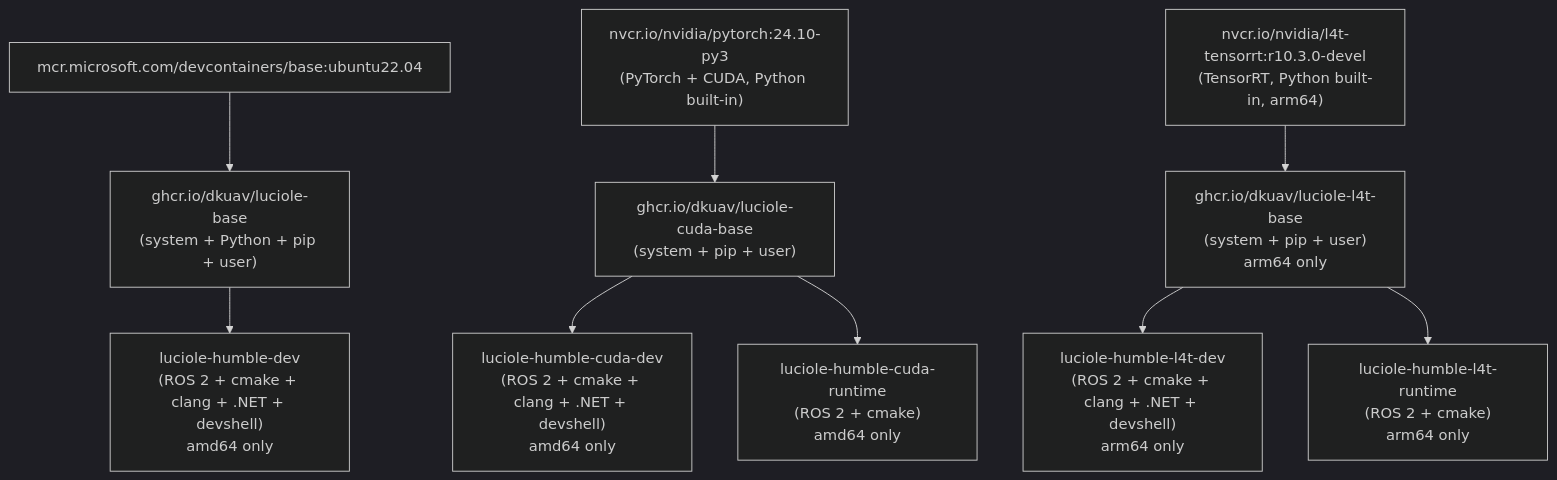
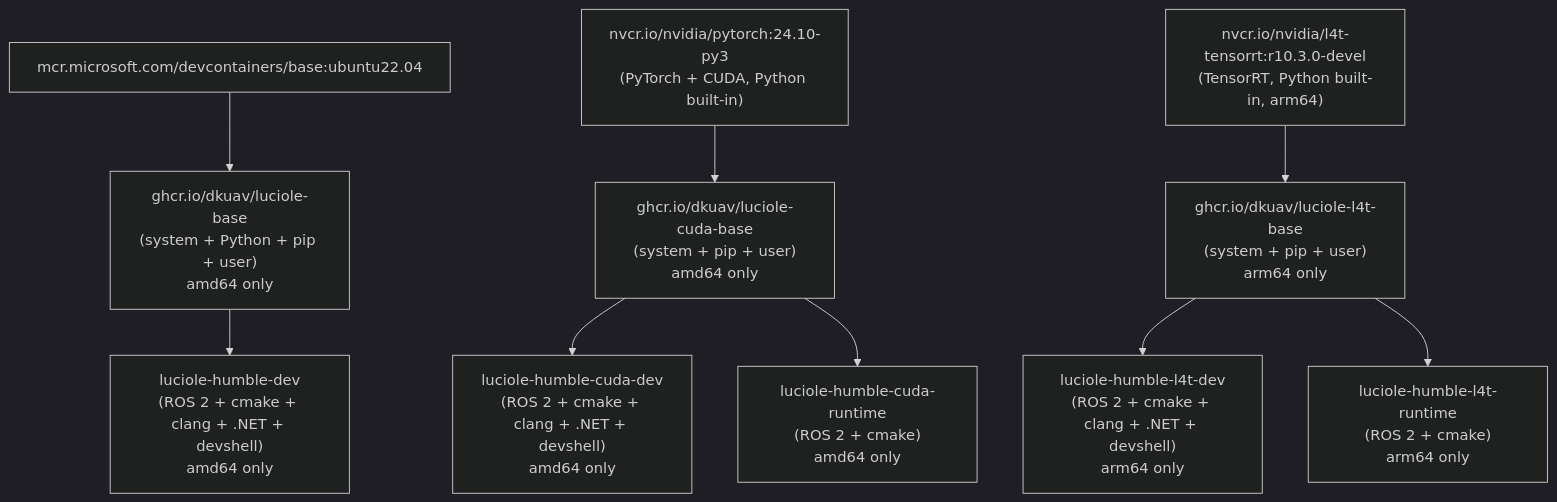
The first of 2 diagrams in README.md (DKUAV/images), drawn with Mermaid (dark theme) before and after one commit. The commit also changed other lines of this file and 19 other files, not shown here.

````diff
--- a/README.md
+++ b/README.md
@@ -11,12 +11,12 @@
 ```mermaid
 graph TD
-  U["mcr.microsoft.com/devcontainers/base:ubuntu22.04"] --> LB["ghcr.io/dkuav/luciole-base\n(system + Python + pip + user)"]
-  C["nvcr.io/nvidia/pytorch:24.10-py3\n(PyTorch + CUDA, Python built-in)"] --> CB["ghcr.io/dkuav/luciole-cuda-base\n(system + pip + user)"]
+  U["mcr.microsoft.com/devcontainers/base:ubuntu22.04"] --> LB["ghcr.io/dkuav/luciole-base\n(system + Python + pip + user)\namd64 only"]
+  C["nvcr.io/nvidia/pytorch:24.10-py3\n(PyTorch + CUDA, Python built-in)"] --> CB["ghcr.io/dkuav/luciole-cuda-base\n(system + pip + user)\namd64 only"]
   L["nvcr.io/nvidia/l4t-tensorrt:r10.3.0-devel\n(TensorRT, Python built-in, arm64)"] --> LTB["ghcr.io/dkuav/luciole-l4t-base\n(system + pip + user)\narm64 only"]
 
   LB --> HD["luciole-humble-dev\n(ROS 2 + cmake + clang + .NET + devshell)\namd64 only"]
   CB --> HCD["luciole-humble-cuda-dev\n(ROS 2 + cmake + clang + .NET + devshell)\namd64 only"]
   CB --> HCR["luciole-humble-cuda-runtime\n(ROS 2 + cmake)\namd64 only"]
   LTB --> HLD["luciole-humble-l4t-dev\n(ROS 2 + cmake + clang + .NET + devshell)\narm64 only"]
   LTB --> HLR["luciole-humble-l4t-runtime\n(ROS 2 + cmake)\narm64 only"]
 ```
````
